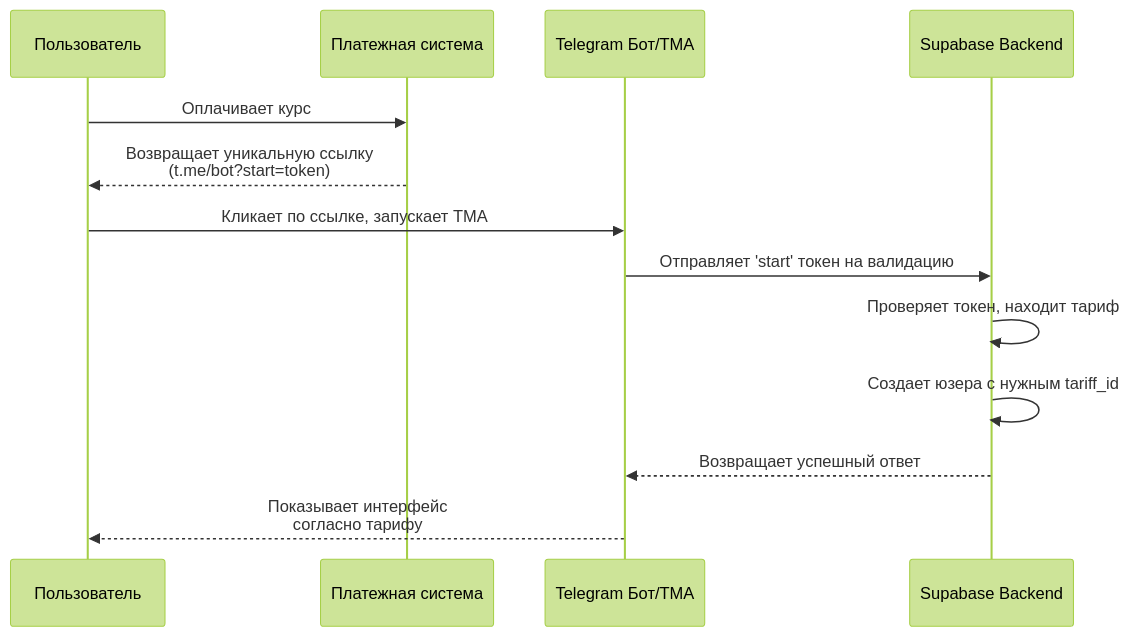
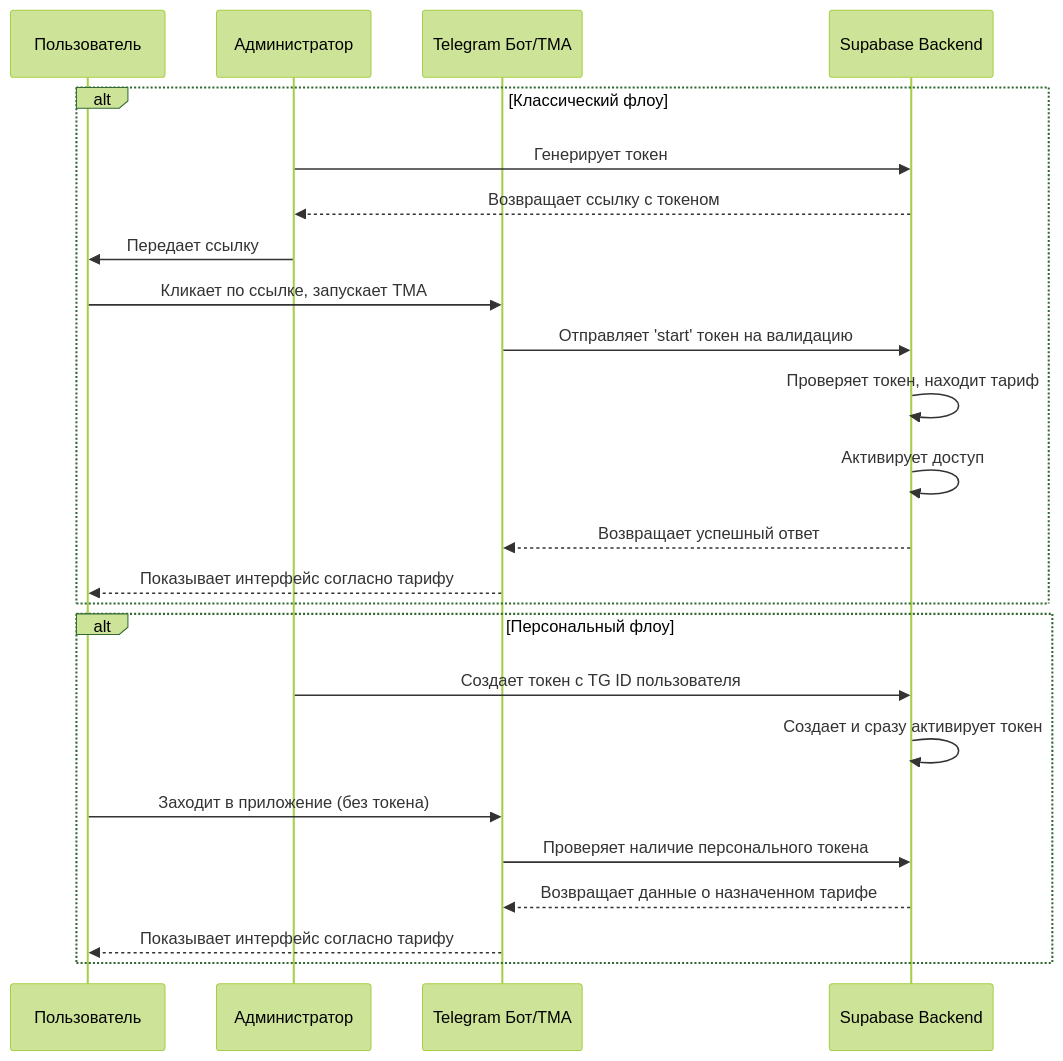
One commit to NikitaMalofeev/brain changed the diagram in docs/APP_LOGIC_DOCS/Admin_Panel/user_tokenization.md. Above: the diagram before and after it, drawn with Mermaid (forest theme). The commit also changed other lines of this file and 18 other files, not shown here.

````diff
--- a/docs/APP_LOGIC_DOCS/Admin_Panel/user_tokenization.md
+++ b/docs/APP_LOGIC_DOCS/Admin_Panel/user_tokenization.md
@@ -11,16 +15,28 @@
 ```mermaid
 sequenceDiagram
     participant User as Пользователь
-    participant PaySystem as Платежная система
+    participant Admin as Администратор
     participant TMA as Telegram Бот/TMA
     participant Supabase as Supabase Backend
 
-    User->>PaySystem: Оплачивает курс
-    PaySystem-->>User: Возвращает уникальную ссылку<br/>(t.me/bot?start=token)
-    User->>TMA: Кликает по ссылке, запускает TMA
-    TMA->>Supabase: Отправляет 'start' токен на валидацию
-    Supabase->>Supabase: Проверяет токен, находит тариф
-    Supabase->>Supabase: Создает юзера с нужным tariff_id
-    Supabase-->>TMA: Возвращает успешный ответ
-    TMA-->>User: Показывает интерфейс<br/>согласно тарифу
+    alt Классический флоу
+        Admin->>Supabase: Генерирует токен
+        Supabase-->>Admin: Возвращает ссылку с токеном
+        Admin->>User: Передает ссылку
+        User->>TMA: Кликает по ссылке, запускает TMA
+        TMA->>Supabase: Отправляет 'start' токен на валидацию
+        Supabase->>Supabase: Проверяет токен, находит тариф
+        Supabase->>Supabase: Активирует доступ
+        Supabase-->>TMA: Возвращает успешный ответ
+        TMA-->>User: Показывает интерфейс согласно тарифу
+    end
+
+    alt Персональный флоу
+        Admin->>Supabase: Создает токен с TG ID пользователя
+        Supabase->>Supabase: Создает и сразу активирует токен
+        User->>TMA: Заходит в приложение (без токена)
+        TMA->>Supabase: Проверяет наличие персонального токена
+        Supabase-->>TMA: Возвращает данные о назначенном тарифе
+        TMA-->>User: Показывает интерфейс согласно тарифу
+    end
 ```
````
